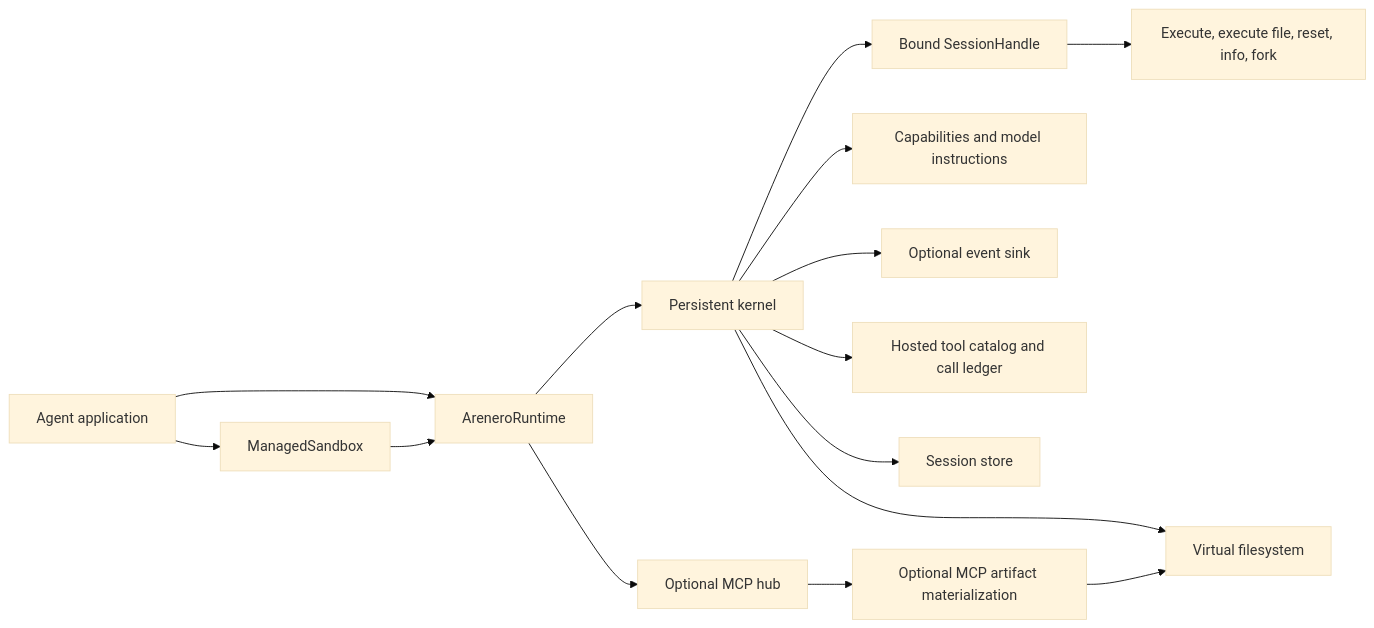
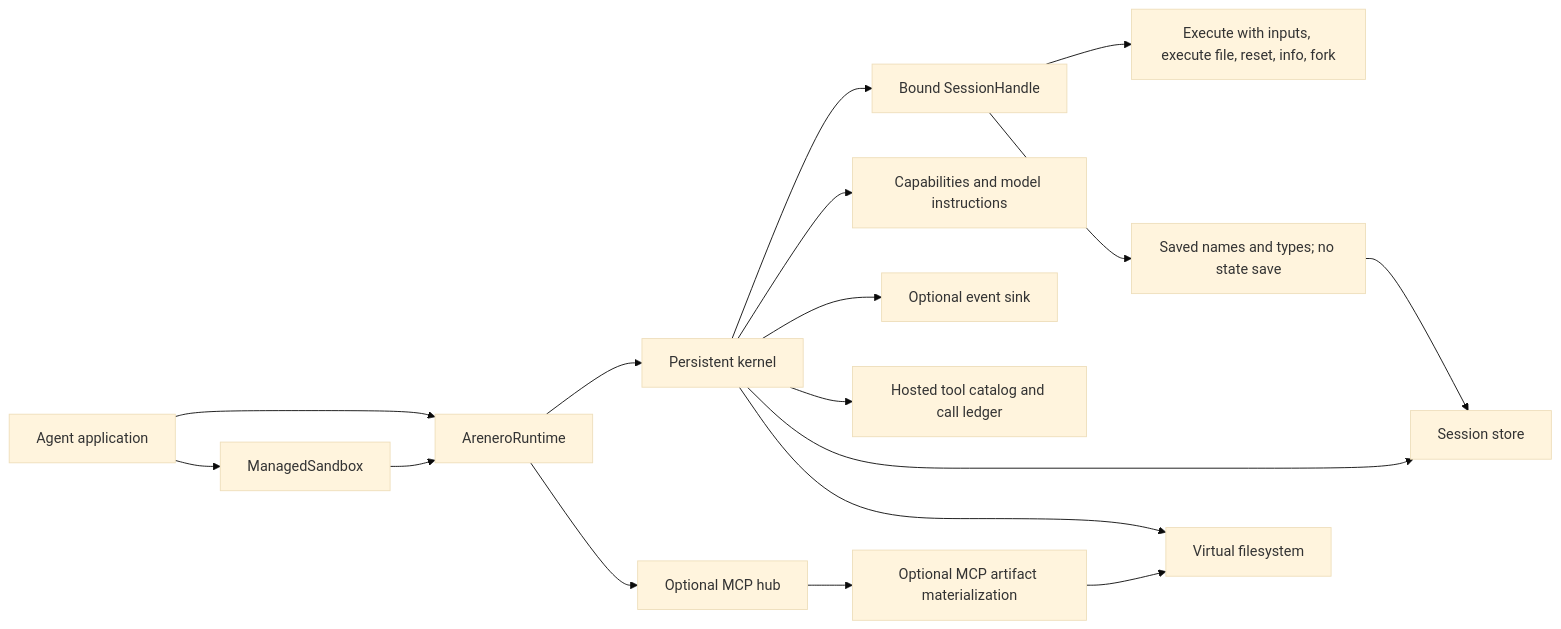
The diagram in docs/quality-of-life.md (sgaseretto/arenero), drawn with Mermaid (base theme) before and after one commit. The commit also changed other lines of this file and 26 other files, not shown here.

````diff
--- a/docs/quality-of-life.md
+++ b/docs/quality-of-life.md
@@ -8,17 +8,19 @@
 ```mermaid
 flowchart LR
     App["Agent application"] --> Runtime["AreneroRuntime"]
     App --> Managed["ManagedSandbox"]
     Managed --> Runtime
     Runtime --> Kernel["Persistent kernel"]
     Runtime --> Hub["Optional MCP hub"]
     Kernel --> Handle["Bound SessionHandle"]
-    Handle --> Execute["Execute, execute file, reset, info, fork"]
+    Handle --> Execute["Execute with inputs, execute file, reset, info, fork"]
+    Handle --> Inspect["Saved names and types; no state save"]
+    Inspect --> Store
     Kernel --> Report["Capabilities and model instructions"]
     Kernel --> Events["Optional event sink"]
     Kernel --> Hosted["Hosted tool catalog and call ledger"]
     Kernel --> Store["Session store"]
     Kernel --> Files["Virtual filesystem"]
     Hub --> Artifacts["Optional MCP artifact materialization"]
     Artifacts --> Files
 ```
````
